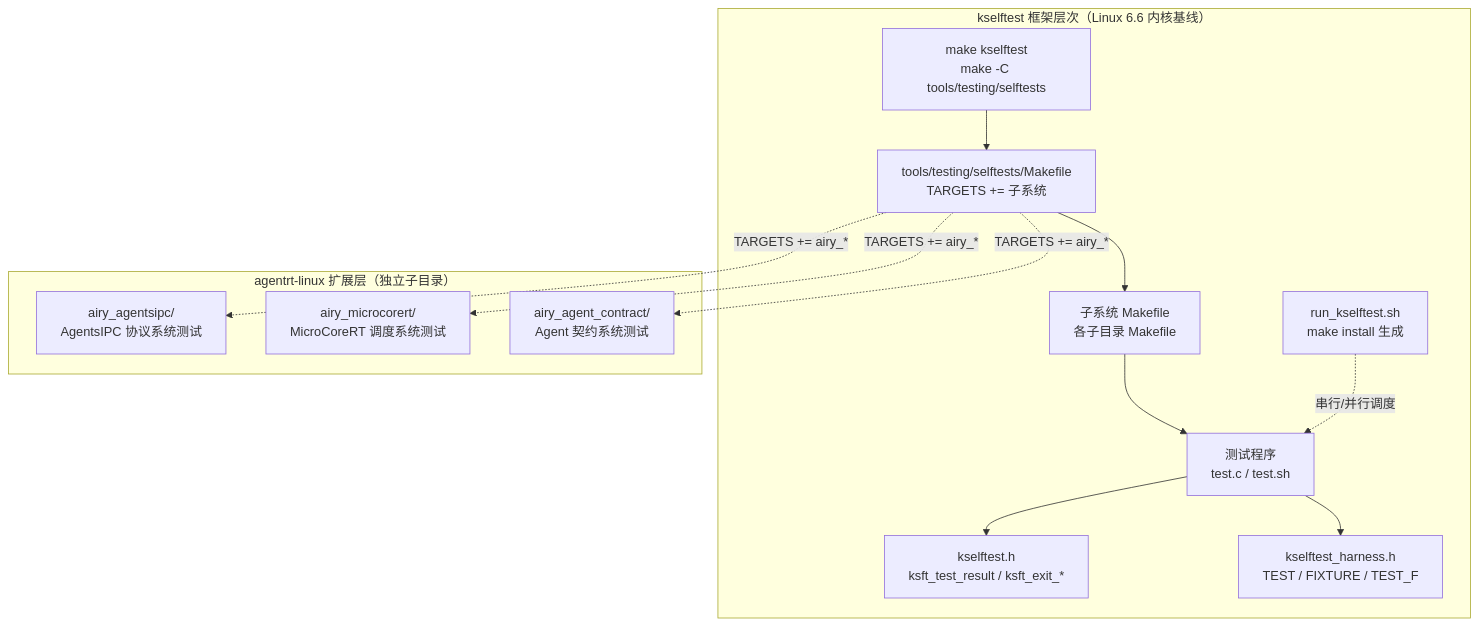
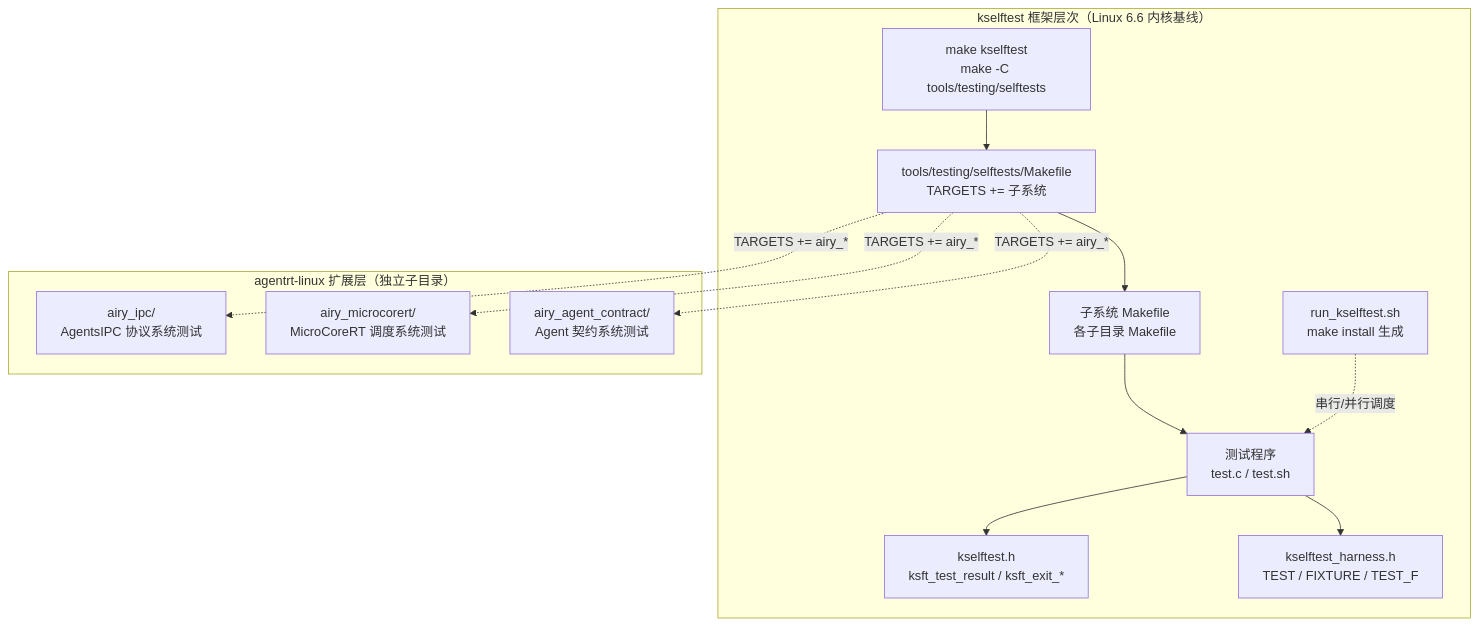
The first of 4 diagrams in AirymaxOS/80-testing/02-kselftest.md (SpharxTeam/Docs), drawn with Mermaid before and after one commit. The commit also changed other lines of this file and 217 other files, not shown here.

````diff
--- a/AirymaxOS/80-testing/02-kselftest.md
+++ b/AirymaxOS/80-testing/02-kselftest.md
@@ -47,24 +47,24 @@
 ```mermaid
 flowchart TB
     subgraph "kselftest 框架层次（Linux 6.6 内核基线）"
         A["make kselftest<br/>make -C tools/testing/selftests"]
         B["tools/testing/selftests/Makefile<br/>TARGETS += 子系统"]
         C["子系统 Makefile<br/>各子目录 Makefile"]
         D["测试程序<br/>test.c / test.sh"]
         E["kselftest.h<br/>ksft_test_result / ksft_exit_*"]
         F["kselftest_harness.h<br/>TEST / FIXTURE / TEST_F"]
         G["run_kselftest.sh<br/>make install 生成"]
     end
     A --> B --> C --> D
     D --> E
     D --> F
     G -.->|串行/并行调度| D
     subgraph "agentrt-linux 扩展层（独立子目录）"
-        H["airy_agentsipc/<br/>AgentsIPC 协议系统测试"]
+        H["airy_ipc/<br/>AgentsIPC 协议系统测试"]
         I["airy_microcorert/<br/>MicroCoreRT 调度系统测试"]
         J["airy_agent_contract/<br/>Agent 契约系统测试"]
     end
     B -.->|TARGETS += airy_*| H
     B -.->|TARGETS += airy_*| I
     B -.->|TARGETS += airy_*| J
 ```
````
